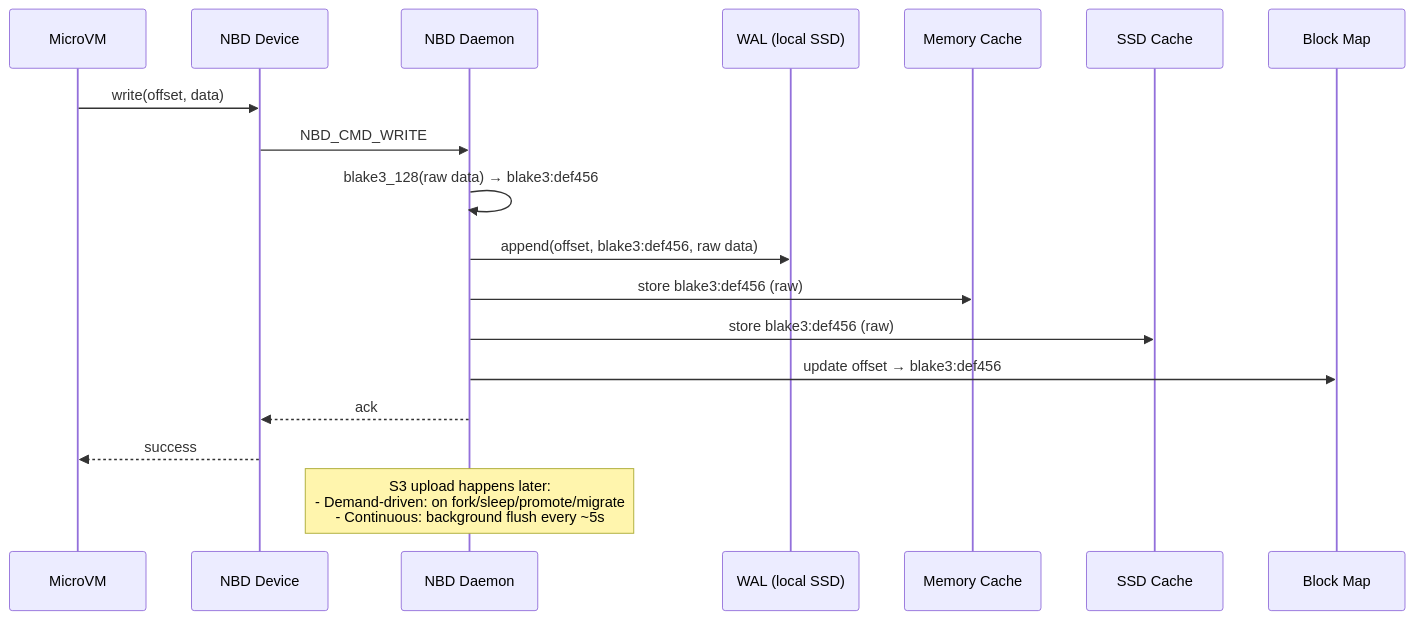
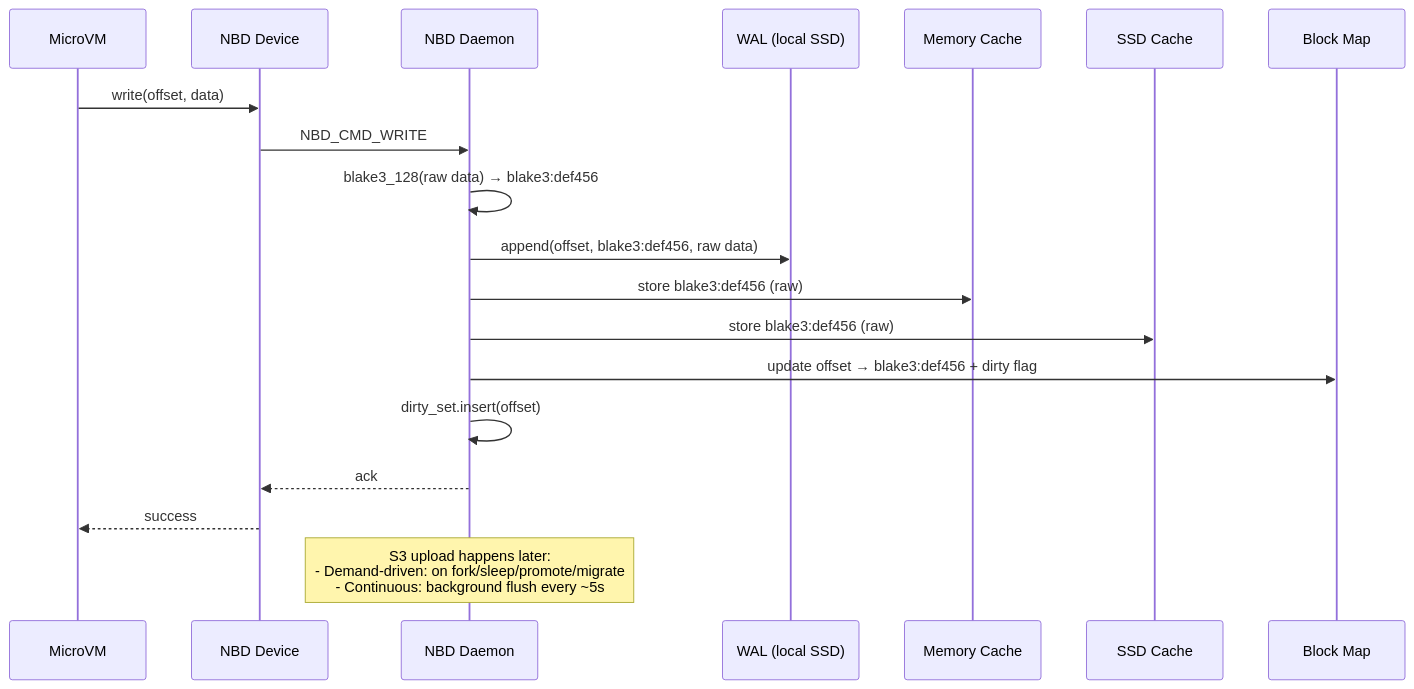
One commit to paraglidehq/glidefs changed the sixth of 13 diagrams in GLIDEv2.md. Above: the diagram before and after it, drawn with Mermaid. The commit also changed other lines of this file and 1 other file, not shown here.

````diff
--- a/GLIDEv2.md
+++ b/GLIDEv2.md
@@ -349,22 +353,23 @@
 ```mermaid
 sequenceDiagram
     participant VM as MicroVM
     participant NBD as NBD Device
     participant D as NBD Daemon
     participant WAL as WAL (local SSD)
     participant MC as Memory Cache
     participant SC as SSD Cache
     participant M as Block Map
 
     VM->>NBD: write(offset, data)
     NBD->>D: NBD_CMD_WRITE
     D->>D: blake3_128(raw data) → blake3:def456
     D->>WAL: append(offset, blake3:def456, raw data)
     D->>MC: store blake3:def456 (raw)
     D->>SC: store blake3:def456 (raw)
-    D->>M: update offset → blake3:def456
+    D->>M: update offset → blake3:def456 + dirty flag
+    D->>D: dirty_set.insert(offset)
     D-->>NBD: ack
     NBD-->>VM: success
 
     Note over D: S3 upload happens later:<br/>- Demand-driven: on fork/sleep/promote/migrate<br/>- Continuous: background flush every ~5s
 ```
````
